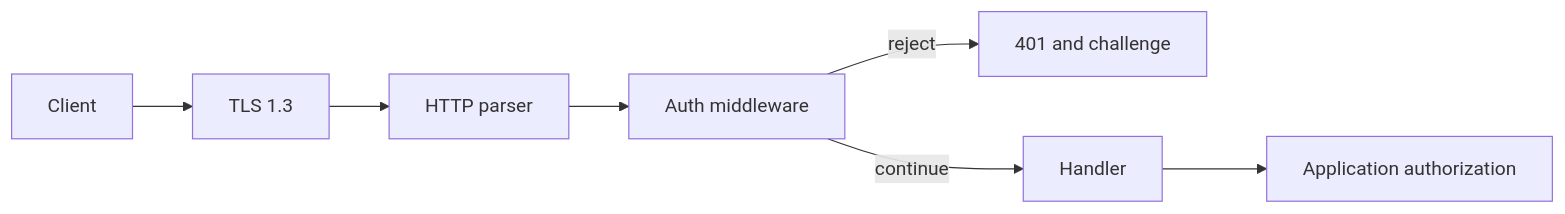
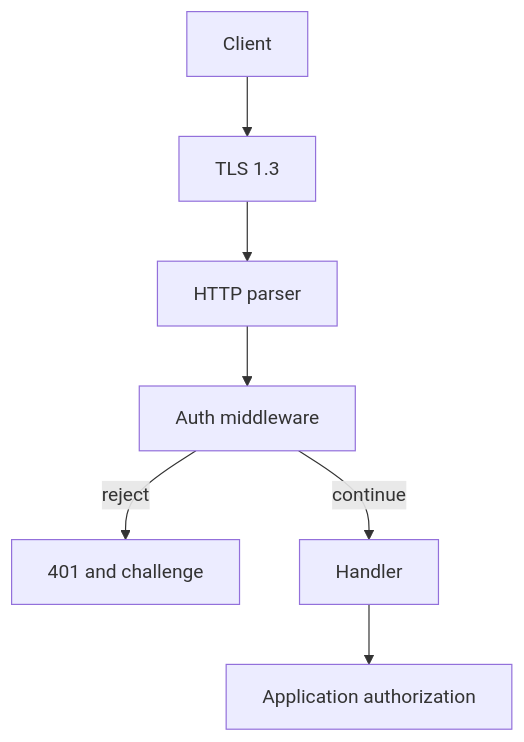
One commit to farbenbuilds/websites changed the diagram in apps/uwz-docs/docs/docs/security/authentication.mdx. Above: the diagram before and after it, drawn with Mermaid. The commit also changed 91 other files, not shown here.

First line of the commit message:
fix(uwz-docs): render mermaid diagrams at readable size

````diff
--- a/apps/uwz-docs/docs/docs/security/authentication.mdx
+++ b/apps/uwz-docs/docs/docs/security/authentication.mdx
@@ -18,11 +18,12 @@
 ```mermaid
-flowchart LR
+%%{init: {"flowchart":{"useMaxWidth":false}} }%%
+flowchart TB
     accTitle: Authentication trust boundary
     accDescr: A request crosses TLS and the parser, the credential middleware rejects it or continues dispatch, and the handler owns authorization.
     A[Client] --> B[TLS 1.3]
     B --> C[HTTP parser]
     C --> D[Auth middleware]
     D -->|reject| E[401 and challenge]
     D -->|continue| F[Handler]
     F --> G[Application authorization]
 ```
````
